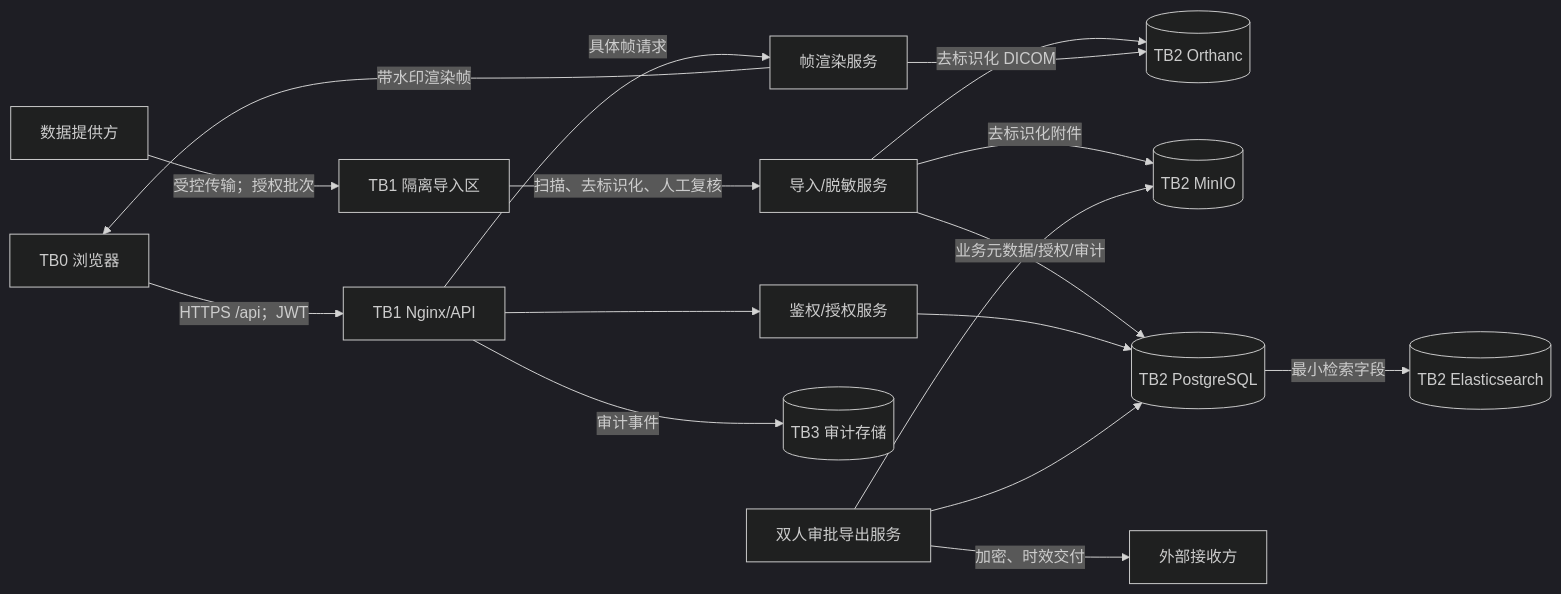
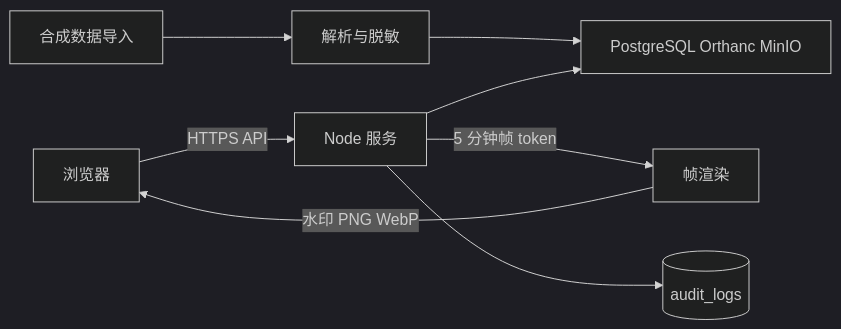
One commit to AlexGUO077/Medical-Image-Annotation-Platform changed the diagram in docs/security/wp-s0-architecture-threat-model.md. Above: the diagram before and after it, drawn with Mermaid (dark theme). The commit also changed other lines of this file and 7 other files, not shown here.

````diff
--- a/docs/security/wp-s0-architecture-threat-model.md
+++ b/docs/security/wp-s0-architecture-threat-model.md
@@ -9,19 +7,10 @@
 ```mermaid
 flowchart LR
-  Provider[数据提供方] -->|受控传输；授权批次| Quarantine[TB1 隔离导入区]
-  Quarantine -->|扫描、去标识化、人工复核| Import[导入/脱敏服务]
-  Import -->|去标识化 DICOM| Orthanc[(TB2 Orthanc)]
-  Import -->|去标识化附件| MinIO[(TB2 MinIO)]
-  Import -->|业务元数据/授权/审计| PG[(TB2 PostgreSQL)]
-  PG -->|最小检索字段| ES[(TB2 Elasticsearch)]
-  Browser[TB0 浏览器] -->|HTTPS /api；JWT| Nginx[TB1 Nginx/API]
-  Nginx --> Auth[鉴权/授权服务]
-  Auth --> PG
-  Nginx -->|具体帧请求| Frame[帧渲染服务]
-  Frame --> Orthanc
-  Frame -->|带水印渲染帧| Browser
-  Nginx -->|审计事件| Audit[(TB3 审计存储)]
-  Export[双人审批导出服务] --> PG
-  Export --> MinIO
-  Export -->|加密、时效交付| Recipient[外部接收方]
+  Upload[合成数据导入] --> Deid[解析与脱敏]
+  Deid --> Store[PostgreSQL Orthanc MinIO]
+  Browser[浏览器] -->|HTTPS API| Server[Node 服务]
+  Server --> Store
+  Server -->|5 分钟帧 token| Frame[帧渲染]
+  Frame -->|水印 PNG WebP| Browser
+  Server --> Audit[(audit_logs)]
 ```
````
